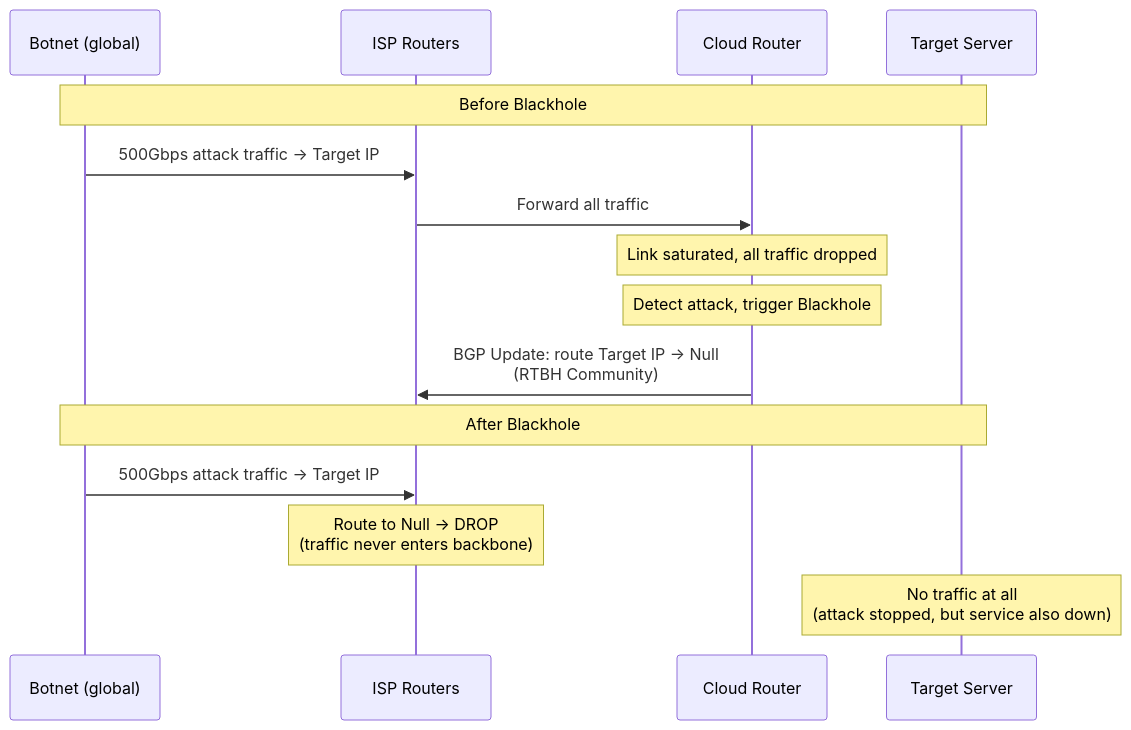
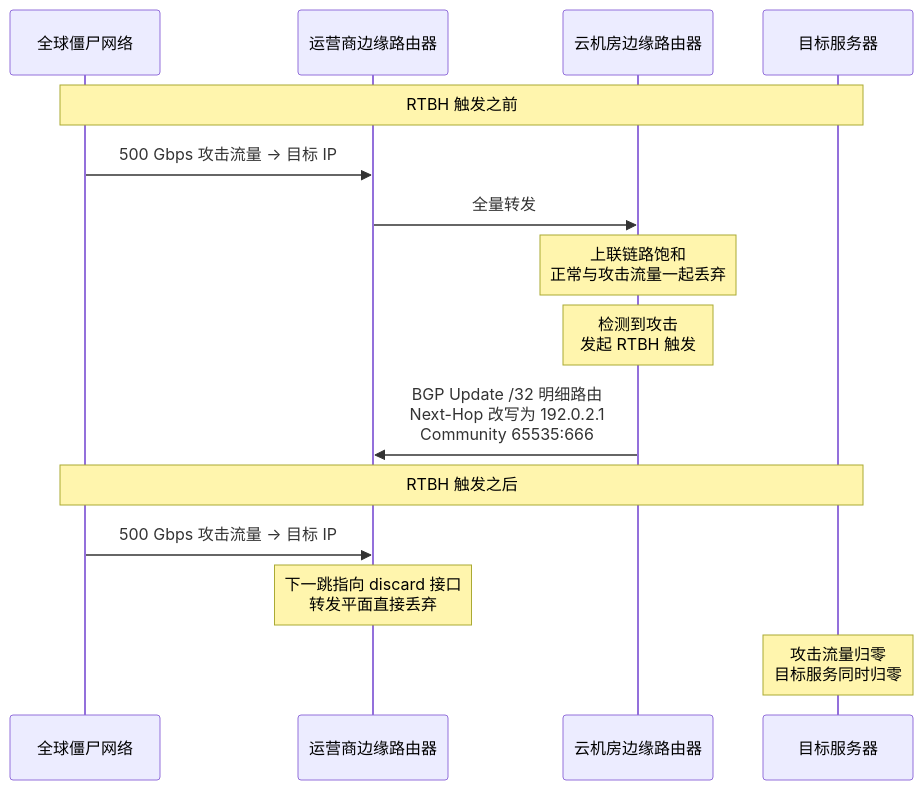
Before and after one commit to caozhiyi/network-book: the second of 4 diagrams in docs/26.洪水来袭DDoS防护.md, drawn with Mermaid. The commit also changed other lines of this file and 36 other files, not shown here.

````diff
--- a/docs/26.洪水来袭DDoS防护.md
+++ b/docs/26.洪水来袭DDoS防护.md
@@ -89,20 +73,20 @@
 ```mermaid
 sequenceDiagram
-    participant Attacker as Botnet (global)
-    participant ISP as ISP Routers
-    participant Cloud as Cloud Router
-    participant Server as Target Server
+    participant 僵尸网络 as 全球僵尸网络
+    participant 上游 as 运营商边缘路由器
+    participant 云边缘 as 云机房边缘路由器
+    participant 服务器 as 目标服务器
 
-    Note over Attacker,Server: Before Blackhole
-    Attacker->>ISP: 500Gbps attack traffic → Target IP
-    ISP->>Cloud: Forward all traffic
-    Note over Cloud: Link saturated, all traffic dropped
+    Note over 僵尸网络,服务器: RTBH 触发之前
+    僵尸网络->>上游: 500 Gbps 攻击流量 → 目标 IP
+    上游->>云边缘: 全量转发
+    Note over 云边缘: 上联链路饱和<br/>正常与攻击流量一起丢弃
 
-    Note over Cloud: Detect attack, trigger Blackhole
-    Cloud->>ISP: BGP Update: route Target IP → Null<br/>(RTBH Community)
+    Note over 云边缘: 检测到攻击<br/>发起 RTBH 触发
+    云边缘->>上游: BGP Update /32 明细路由<br/>Next-Hop 改写为 192.0.2.1<br/>Community 65535:666
 
-    Note over Attacker,Server: After Blackhole
-    Attacker->>ISP: 500Gbps attack traffic → Target IP
-    Note over ISP: Route to Null → DROP<br/>(traffic never enters backbone)
-    Note over Server: No traffic at all<br/>(attack stopped, but service also down)
+    Note over 僵尸网络,服务器: RTBH 触发之后
+    僵尸网络->>上游: 500 Gbps 攻击流量 → 目标 IP
+    Note over 上游: 下一跳指向 discard 接口<br/>转发平面直接丢弃
+    Note over 服务器: 攻击流量归零<br/>目标服务同时归零
 ```
````
